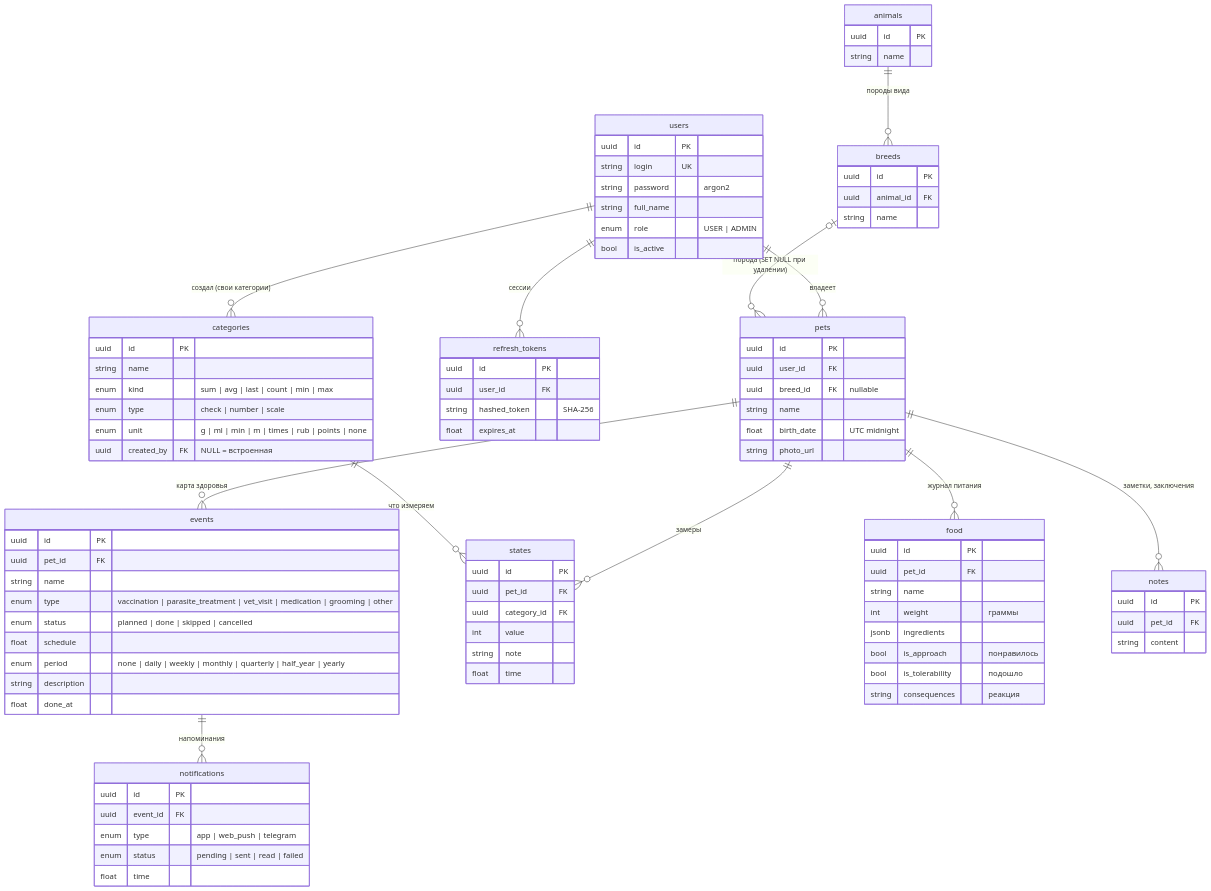
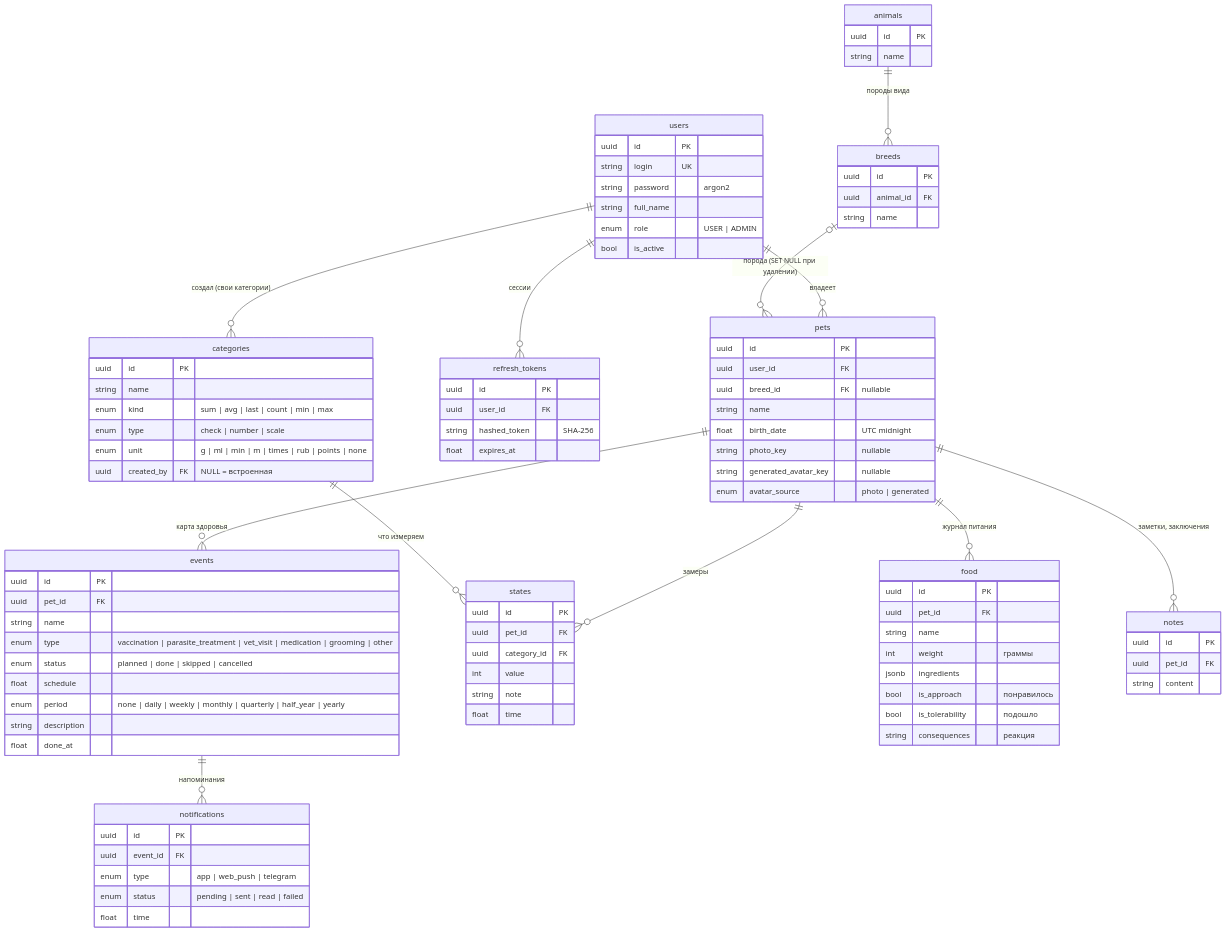
Before and after one commit to Wertiba/PetCare-PROD-Hackathon-2026: the fifth of 6 diagrams in backend/docs/architecture.md, drawn with Mermaid. The commit also changed other lines of this file and 29 other files, not shown here.

```diff
--- a/backend/docs/architecture.md
+++ b/backend/docs/architecture.md
@@ -324,7 +338,9 @@
         uuid breed_id FK "nullable"
         string name
         float birth_date "UTC midnight"
-        string photo_url
+        string photo_key "nullable"
+        string generated_avatar_key "nullable"
+        enum avatar_source "photo | generated"
     }
     events {
         uuid id PK
```
